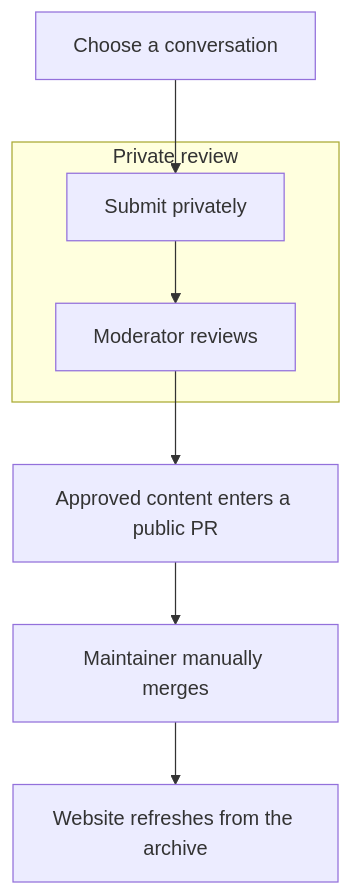
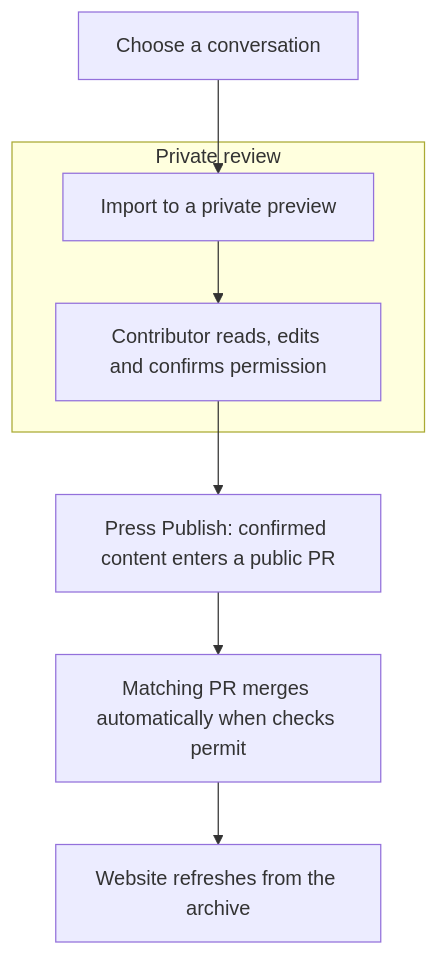
One commit to itsctrlchaos/synapse-archive changed the diagram in README.md. Above: the diagram before and after it, drawn with Mermaid. The commit also changed other lines of this file and 3 other files, not shown here.

````diff
--- a/README.md
+++ b/README.md
@@ -70,10 +70,10 @@
 ```mermaid
 flowchart TD
-    A["Choose a conversation"] --> B["Submit privately"]
+    A["Choose a conversation"] --> B["Import to a private preview"]
     subgraph private_review ["Private review"]
-        B --> C["Moderator reviews"]
+        B --> C["Contributor reads, edits and confirms permission"]
     end
-    C --> D["Approved content enters a public PR"]
-    D --> E["Maintainer manually merges"]
+    C --> D["Press Publish: confirmed content enters a public PR"]
+    D --> E["Matching PR merges automatically when checks permit"]
     E --> F["Website refreshes from the archive"]
 ```
````
